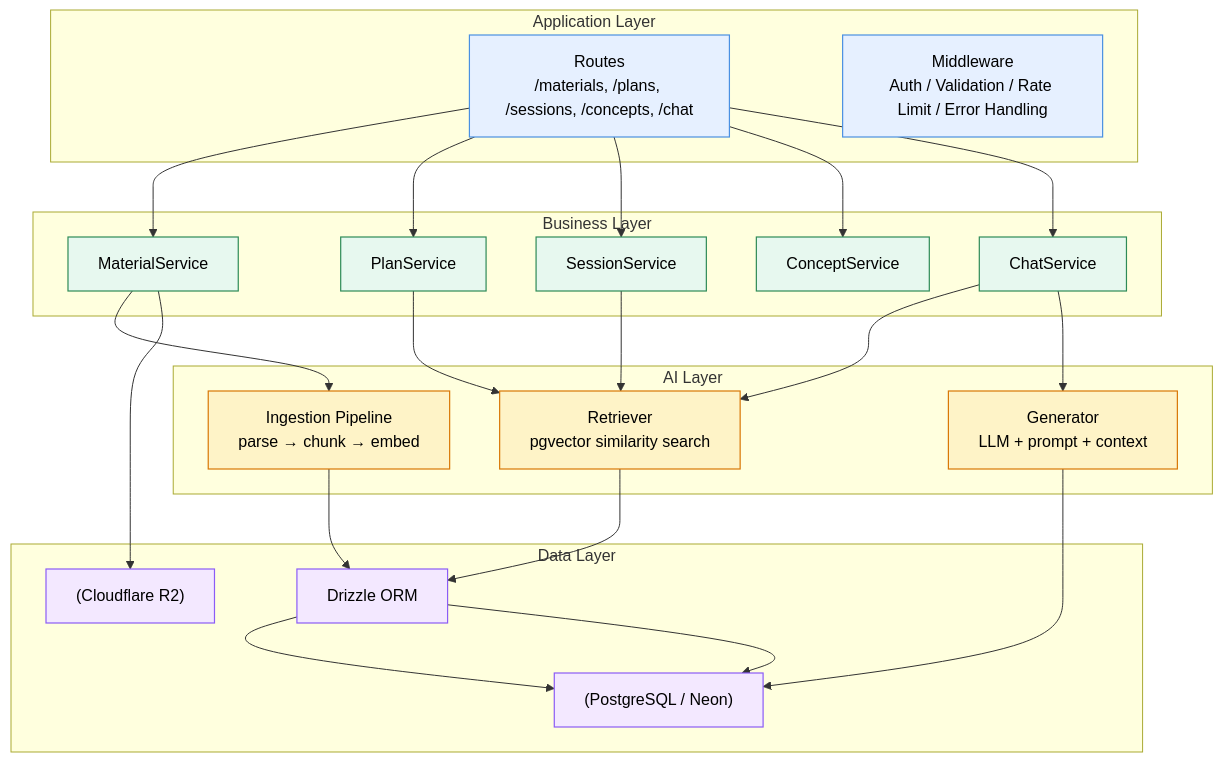
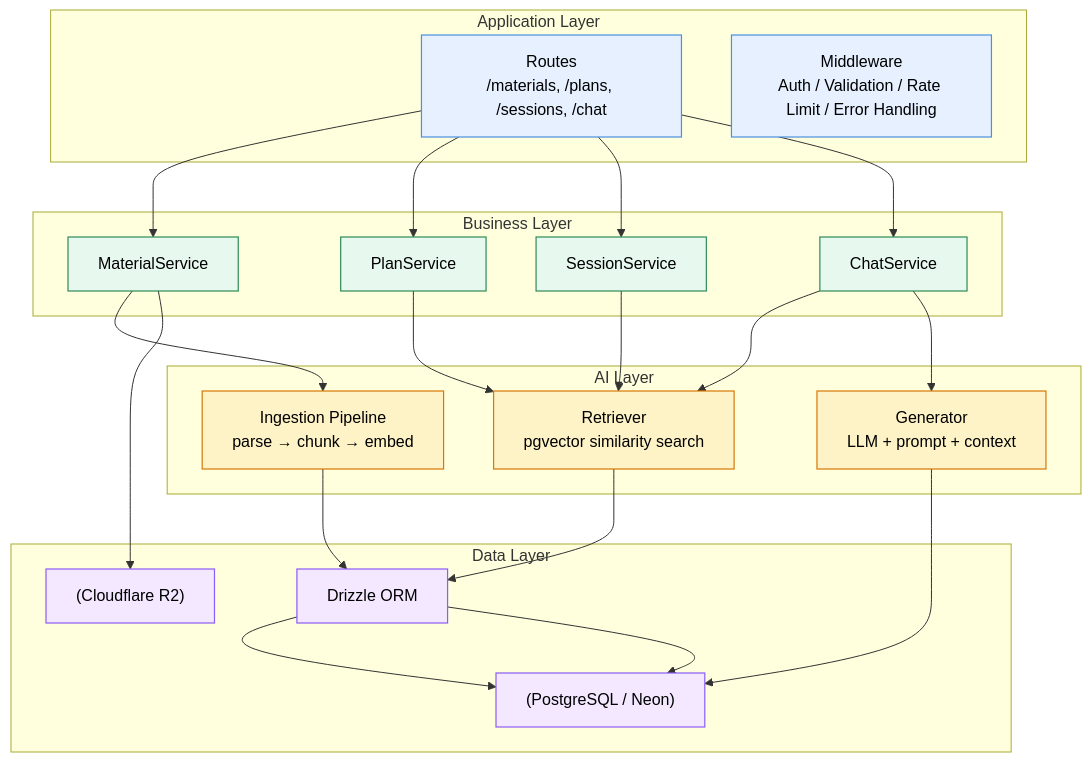
Before and after one commit to qaws7791/turbo-hono-next: the second of 7 diagrams in docs/04-engineering/architecture.md, drawn with Mermaid. The commit also changed other lines of this file and 120 other files, not shown here.

````diff
--- a/docs/04-engineering/architecture.md
+++ b/docs/04-engineering/architecture.md
@@ -85,72 +84,70 @@
 ```mermaid
 %% 시인성 높은 스타일의 시스템 아키텍처 다이어그램
 %% 라이트/다크 모드 모두 가독성 유지
 flowchart TB
   %% ========================
   %% Layer Definitions
   %% ========================
   subgraph L1["Application Layer"]
-    R["Routes<br>/materials, /plans, /sessions, /concepts, /chat"]
+    R["Routes<br>/materials, /plans, /sessions, /chat"]
     MW["Middleware<br>Auth / Validation / Rate Limit / Error Handling"]
   end
 
   subgraph L2["Business Layer"]
     MS["MaterialService"]
     PS["PlanService"]
     SS["SessionService"]
-    CS["ConceptService"]
     CHS["ChatService"]
   end
 
   subgraph L3["AI Layer"]
     ING["Ingestion Pipeline<br>parse → chunk → embed"]
     RET["Retriever<br>pgvector similarity search"]
     GEN["Generator<br>LLM + prompt + context"]
   end
 
   subgraph L4["Data Layer"]
     ORM["Drizzle ORM"]
     DB["(PostgreSQL / Neon)"]
     R2["(Cloudflare R2)"]
   end
 
   %% ========================
   %% Connections
   %% ========================
   R --> MS
   R --> PS
   R --> SS
-  R --> CS
   R --> CHS
 
   MS --> ING
   PS --> RET
   SS --> RET
   CHS --> RET
   CHS --> GEN
 
   ING --> ORM --> DB
   RET --> ORM --> DB
   GEN --> DB
   MS --> R2
 
   %% ========================
   %% Styling
   %% ========================
   %% Base Colors (적절한 대비)
   classDef default fill:#f9f9fb,stroke:#666,color:#222,stroke-width:1px;
   classDef darkMode fill:#1e1e2f,stroke:#888,color:#eee,stroke-width:1px;
 
   %% Layer Colors
   classDef layer1 fill:#e6f0ff,stroke:#4a90e2,color:#000,stroke-width:1.2px;
   classDef layer2 fill:#e7f8ef,stroke:#2e8b57,color:#000,stroke-width:1.2px;
   classDef layer3 fill:#fef3c7,stroke:#d97706,color:#000,stroke-width:1.2px;
   classDef layer4 fill:#f3e8ff,stroke:#8b5cf6,color:#000,stroke-width:1.2px;
 
   %% Assign Layer Classes
   class R,MW layer1;
-  class MS,PS,SS,CS,CHS layer2;
+  class MS,PS,SS,CHS layer2;
   class ING,RET,GEN layer3;
   class ORM,DB,R2 layer4;
 
 ```
````
